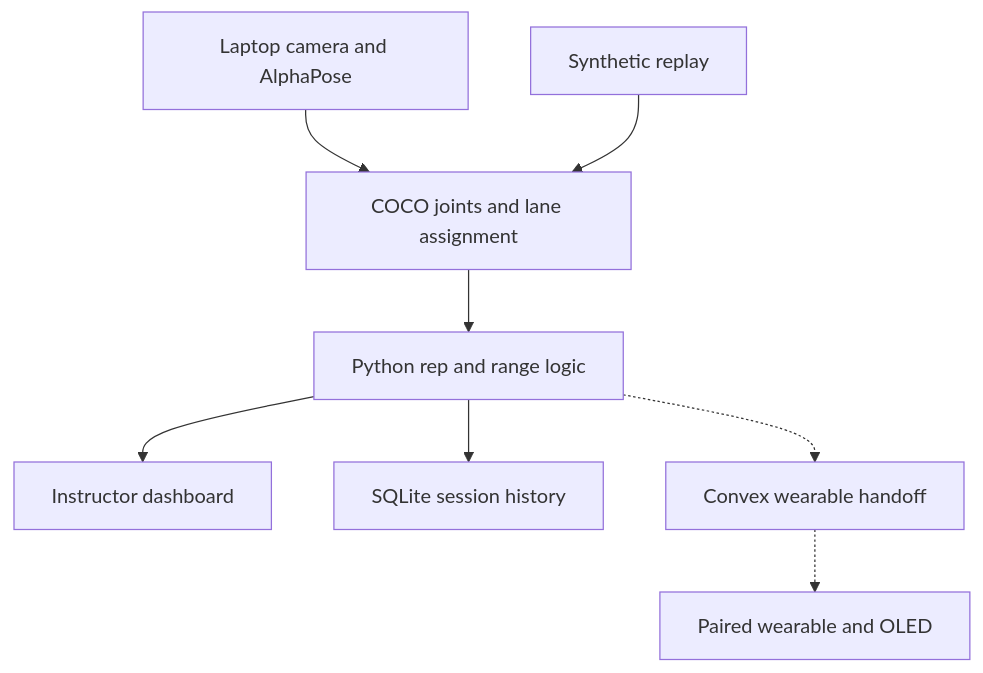
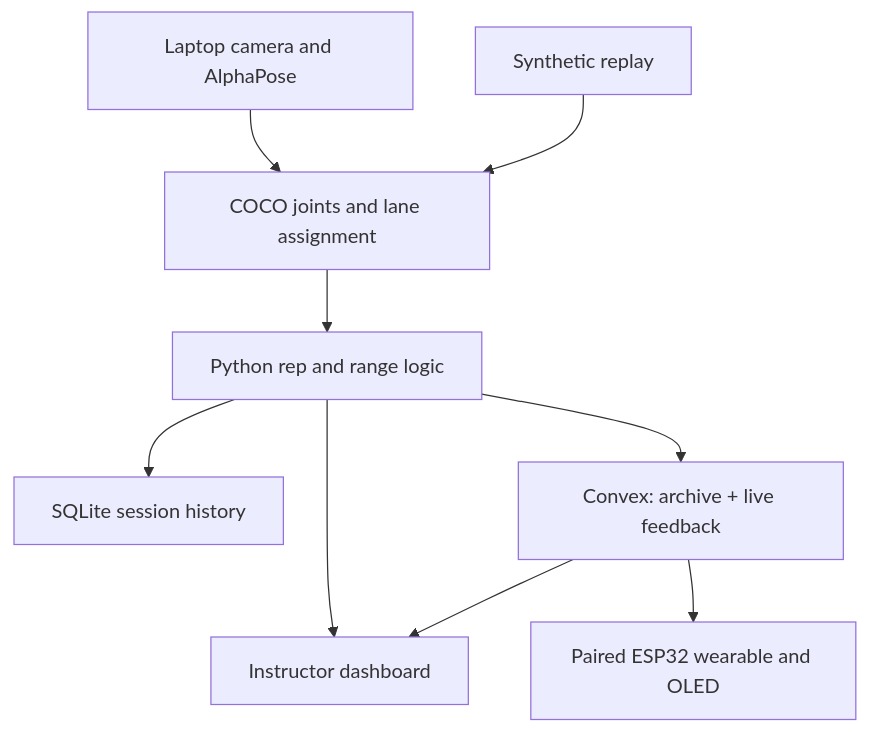
One commit to Github11200/ECE-198 changed the diagram in README.md. Above: the diagram before and after it, drawn with Mermaid. The commit also changed other lines of this file and 5 other files, not shown here.

Commit message:
Docs and launchers: SvelteKit, wearable, archive behaviour

````diff
--- a/README.md
+++ b/README.md
@@ -59,10 +60,11 @@
 ```mermaid
 flowchart TD
     A["Laptop camera and AlphaPose"] --> B["COCO joints and lane assignment"]
     C["Synthetic replay"] --> B
     B --> D["Python rep and range logic"]
     D --> E["Instructor dashboard"]
     D --> F["SQLite session history"]
-    D -.-> G["Convex wearable handoff"]
-    G -.-> H["Paired wearable and OLED"]
+    D --> G["Convex: archive + live feedback"]
+    G --> H["Paired ESP32 wearable and OLED"]
+    G --> E
 ```
````
